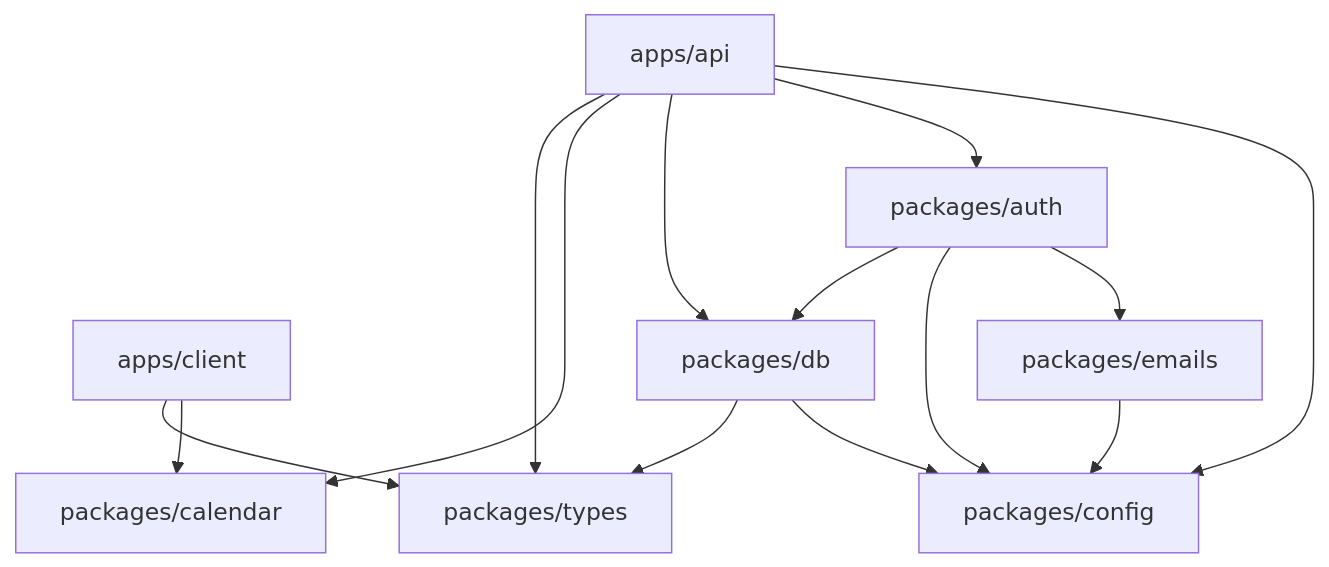
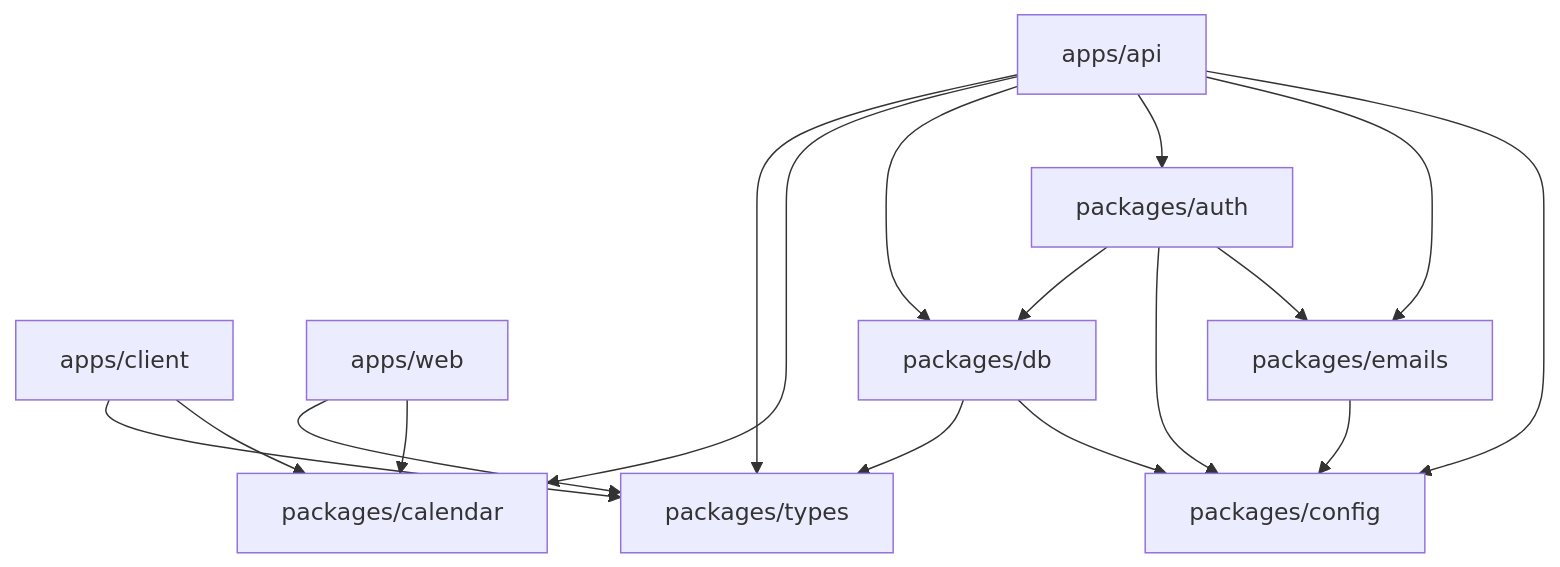
The diagram in packages/docs/src/content/docs/architecture/packages.mdx (frgtn-dot-dev/musubi), drawn with Mermaid before and after one commit. The commit also changed other lines of this file and 576 other files, not shown here.

````diff
--- a/packages/docs/src/content/docs/architecture/packages.mdx
+++ b/packages/docs/src/content/docs/architecture/packages.mdx
@@ -104,25 +120,29 @@
 ```mermaid
 flowchart TD
     client[apps/client]
+    web[apps/web]
     api[apps/api]
     auth[packages/auth]
     db[packages/db]
     calendar[packages/calendar]
     types[packages/types]
     config[packages/config]
     emails[packages/emails]
 
     client --> types
     client --> calendar
+    web --> types
+    web --> calendar
     api --> types
     api --> calendar
     api --> db
     api --> auth
+    api --> emails
     auth --> db
     db --> types
     api --> config
     db --> config
     auth --> config
     auth --> emails
     emails --> config
 ```
````
